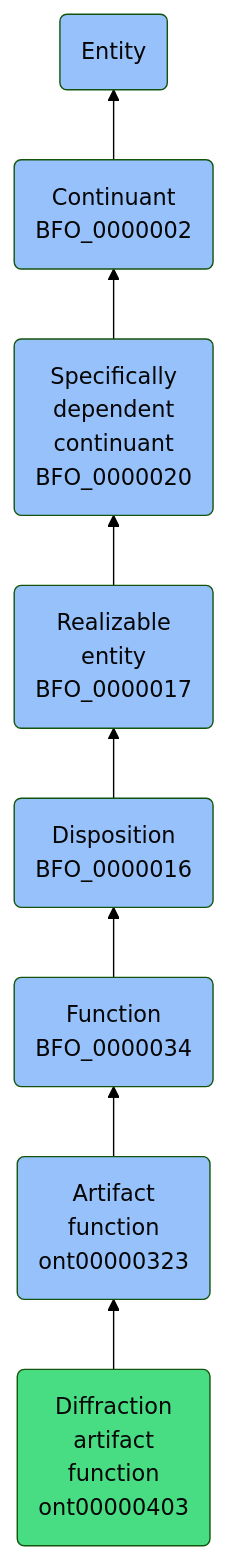
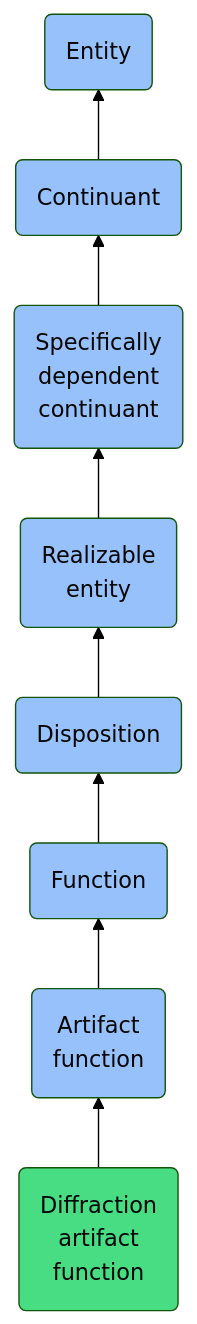
Before and after one commit to jupyter-naas/abi: the diagram in docs/ontology/reference/model/Entity/Continuant/Specifically dependent continuant/Realizable entity/Disposition/Function/Artifact function/Diffraction artifact function/Diffraction artifact function.md, drawn with Mermaid (forest theme). The commit also changed other lines of this file and 1430 other files, not shown here.

````diff
--- a/docs/ontology/reference/model/Entity/Continuant/Specifically dependent continuant/Realizable entity/Disposition/Function/Artifact function/Diffraction artifact function/Diffraction artifact function.md
+++ b/docs/ontology/reference/model/Entity/Continuant/Specifically dependent continuant/Realizable entity/Disposition/Function/Artifact function/Diffraction artifact function/Diffraction artifact function.md
@@ -24,15 +24,15 @@
 ```mermaid
 graph BT
-    ont00000403(Diffraction<br>artifact<br>function<br>ont00000403):::ABI-->ont00000323
-    ont00000323(Artifact<br>function<br>ont00000323):::BFO-->BFO_0000034
-    BFO_0000034(Function<br>BFO_0000034):::BFO-->BFO_0000016
-    BFO_0000016(Disposition<br>BFO_0000016):::BFO-->BFO_0000017
-    BFO_0000017(Realizable<br>entity<br>BFO_0000017):::BFO-->BFO_0000020
-    BFO_0000020(Specifically<br>dependent<br>continuant<br>BFO_0000020):::BFO-->BFO_0000002
-    BFO_0000002(Continuant<br>BFO_0000002):::BFO-->BFO_0000001
+    ont00000403(Diffraction<br>artifact<br>function):::ABI-->ont00000323
+    ont00000323(Artifact<br>function):::BFO-->BFO_0000034
+    BFO_0000034(Function):::BFO-->BFO_0000016
+    BFO_0000016(Disposition):::BFO-->BFO_0000017
+    BFO_0000017(Realizable<br>entity):::BFO-->BFO_0000020
+    BFO_0000020(Specifically<br>dependent<br>continuant):::BFO-->BFO_0000002
+    BFO_0000002(Continuant):::BFO-->BFO_0000001
     BFO_0000001(Entity):::BFO
     
     classDef BFO fill:#97c1fb,color:#060606
     classDef CCO fill:#e4c51e,color:#060606
     classDef ABI fill:#48DD82,color:#060606
 ```
````
